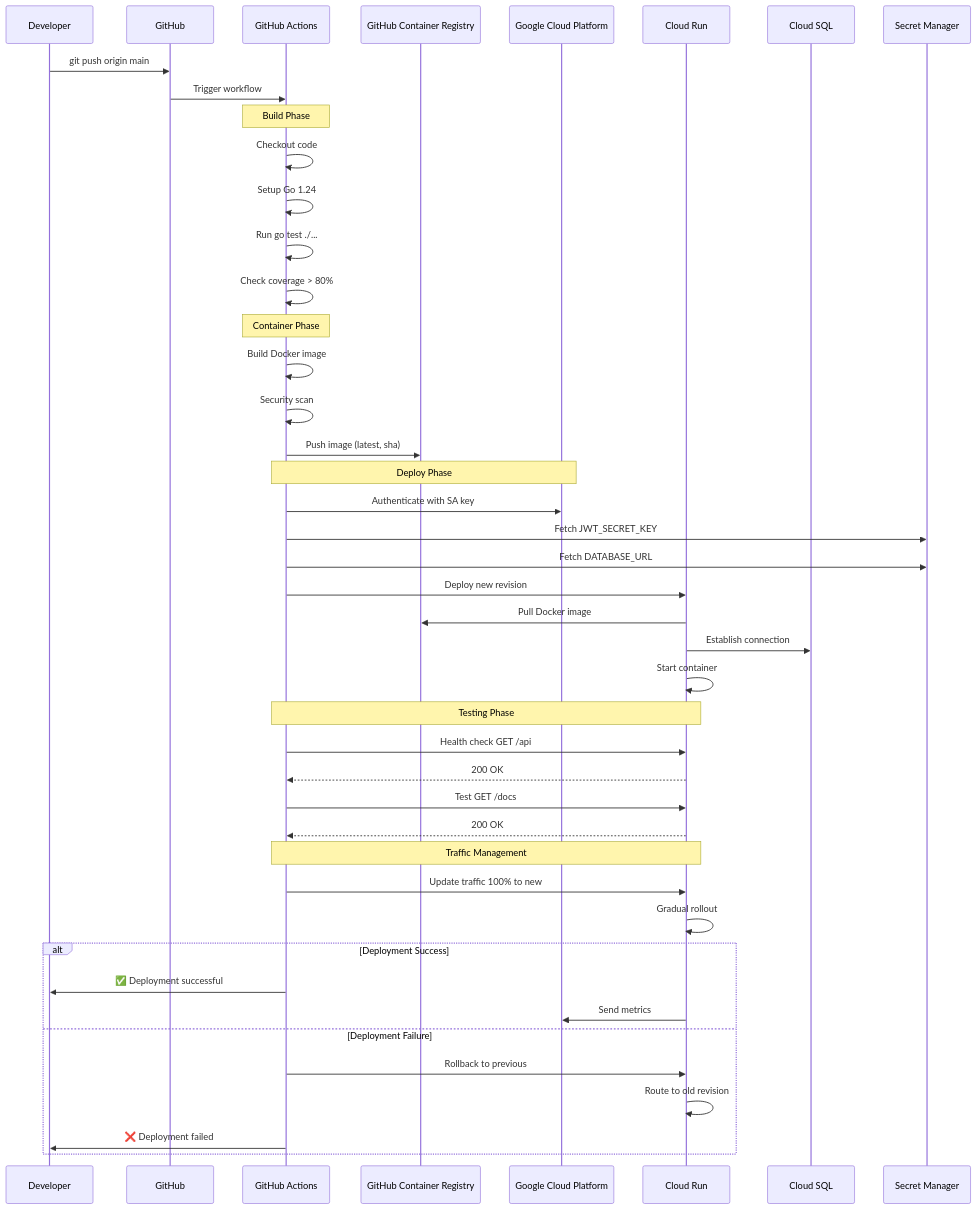
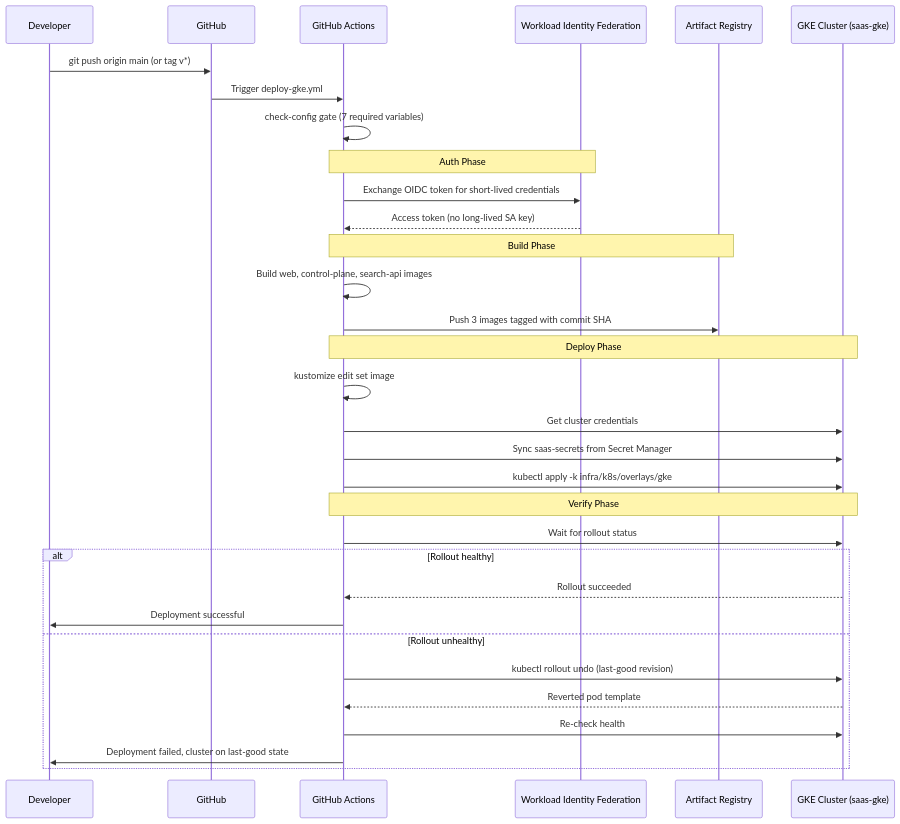
Before and after one commit to Marcelixoo/saas: the third of 6 diagrams in docs/ARCHITECTURE_DIAGRAMS.md, drawn with Mermaid. The commit also changed other lines of this file, not shown here.

First line of the commit message:
docs: rewrite architecture diagrams to reflect live GKE deployment

````diff
--- a/docs/ARCHITECTURE_DIAGRAMS.md
+++ b/docs/ARCHITECTURE_DIAGRAMS.md
@@ -167,54 +97,41 @@
 ```mermaid
 sequenceDiagram
     participant Dev as Developer
     participant GH as GitHub
     participant GA as GitHub Actions
-    participant GHCR as GitHub Container Registry
-    participant GCP as Google Cloud Platform
-    participant CR as Cloud Run
-    participant SQL as Cloud SQL
-    participant SM as Secret Manager
+    participant WIF as Workload Identity Federation
+    participant AR as Artifact Registry
+    participant GKE as GKE Cluster (saas-gke)
 
-    Dev->>GH: git push origin main
-    GH->>GA: Trigger workflow
+    Dev->>GH: git push origin main (or tag v*)
+    GH->>GA: Trigger deploy-gke.yml
 
-    Note over GA: Build Phase
-    GA->>GA: Checkout code
-    GA->>GA: Setup Go 1.24
-    GA->>GA: Run go test ./...
-    GA->>GA: Check coverage > 80%
+    GA->>GA: check-config gate (7 required variables)
 
-    Note over GA: Container Phase
-    GA->>GA: Build Docker image
-    GA->>GA: Security scan
-    GA->>GHCR: Push image (latest, sha)
+    Note over GA,WIF: Auth Phase
+    GA->>WIF: Exchange OIDC token for short-lived credentials
+    WIF-->>GA: Access token (no long-lived SA key)
 
-    Note over GA,GCP: Deploy Phase
-    GA->>GCP: Authenticate with SA key
-    GA->>SM: Fetch JWT_SECRET_KEY
-    GA->>SM: Fetch DATABASE_URL
+    Note over GA,AR: Build Phase
+    GA->>GA: Build web, control-plane, search-api images
+    GA->>AR: Push 3 images tagged with commit SHA
 
-    GA->>CR: Deploy new revision
-    CR->>GHCR: Pull Docker image
-    CR->>SQL: Establish connection
-    CR->>CR: Start container
+    Note over GA,GKE: Deploy Phase
+    GA->>GA: kustomize edit set image
+    GA->>GKE: Get cluster credentials
+    GA->>GKE: Sync saas-secrets from Secret Manager
+    GA->>GKE: kubectl apply -k infra/k8s/overlays/gke
 
-    Note over GA,CR: Testing Phase
-    GA->>CR: Health check GET /api
-    CR-->>GA: 200 OK
-    GA->>CR: Test GET /docs
-    CR-->>GA: 200 OK
+    Note over GA,GKE: Verify Phase
+    GA->>GKE: Wait for rollout status
 
-    Note over GA,CR: Traffic Management
-    GA->>CR: Update traffic 100% to new
-    CR->>CR: Gradual rollout
-
-    alt Deployment Success
-        GA->>Dev: ✅ Deployment successful
-        CR->>GCP: Send metrics
-    else Deployment Failure
-        GA->>CR: Rollback to previous
-        CR->>CR: Route to old revision
-        GA->>Dev: ❌ Deployment failed
+    alt Rollout healthy
+        GKE-->>GA: Rollout succeeded
+        GA->>Dev: Deployment successful
+    else Rollout unhealthy
+        GA->>GKE: kubectl rollout undo (last-good revision)
+        GKE-->>GA: Reverted pod template
+        GA->>GKE: Re-check health
+        GA->>Dev: Deployment failed, cluster on last-good state
     end
 ```
````
